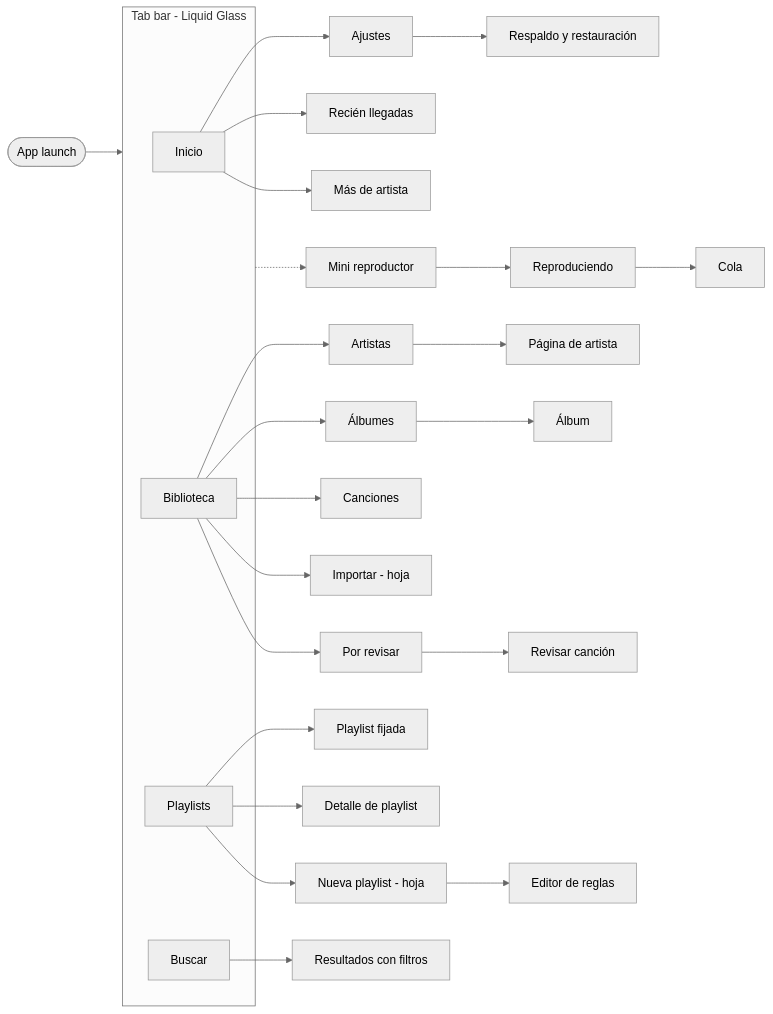
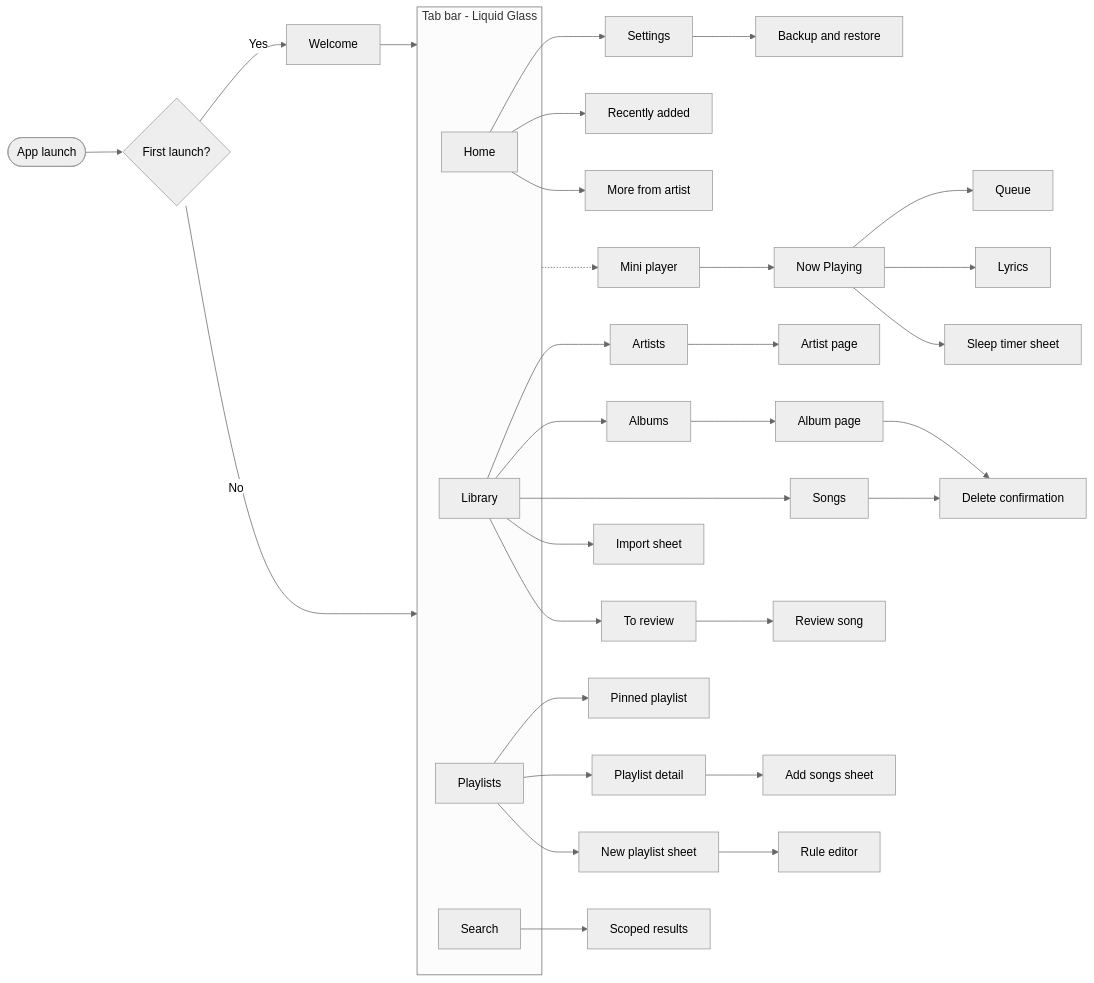
The first of 8 diagrams in docs/USER_FLOWS.md (sabrinasalomon/CoryMusic), drawn with Mermaid (neutral theme) before and after one commit. The commit also changed other lines of this file and 20 other files, not shown here.

````diff
--- a/docs/USER_FLOWS.md
+++ b/docs/USER_FLOWS.md
@@ -7,37 +7,45 @@
 ```mermaid
 flowchart LR
-    Launch([App launch]) --> Tabs
+    Launch([App launch]) --> First{First launch?}
+    First -- Yes --> Welcome[Welcome]
+    Welcome --> Tabs
+    First -- No --> Tabs
 
     subgraph Tabs["Tab bar - Liquid Glass"]
-        T1[Inicio]
-        T2[Biblioteca]
+        T1[Home]
+        T2[Library]
         T3[Playlists]
-        T4[Buscar]
+        T4[Search]
     end
 
-    T1 --> Settings[Ajustes]
-    T1 --> Recent[Recién llegadas]
-    T1 --> MoreFrom[Más de artista]
+    T1 --> Settings[Settings]
+    T1 --> Recent[Recently added]
+    T1 --> MoreFrom[More from artist]
 
-    T2 --> Artists[Artistas]
-    T2 --> Albums[Álbumes]
-    T2 --> Songs[Canciones]
-    T2 --> Import[Importar - hoja]
-    T2 --> Review[Por revisar]
-    Artists --> ArtistPage[Página de artista]
-    Albums --> AlbumPage[Álbum]
-    Review --> EditSong[Revisar canción]
+    T2 --> Artists[Artists]
+    T2 --> Albums[Albums]
+    T2 --> Songs[Songs]
+    T2 --> Import[Import sheet]
+    T2 --> Review[To review]
+    Artists --> ArtistPage[Artist page]
+    Albums --> AlbumPage[Album page]
+    AlbumPage --> Delete[Delete confirmation]
+    Songs --> Delete
+    Review --> EditSong[Review song]
 
-    T3 --> Pinned[Playlist fijada]
-    T3 --> Detail[Detalle de playlist]
-    T3 --> Create[Nueva playlist - hoja]
-    Create --> RuleEditor[Editor de reglas]
+    T3 --> Pinned[Pinned playlist]
+    T3 --> Detail[Playlist detail]
+    T3 --> Create[New playlist sheet]
+    Detail --> AddSongs[Add songs sheet]
+    Create --> RuleEditor[Rule editor]
 
-    T4 --> Results[Resultados con filtros]
+    T4 --> Results[Scoped results]
 
-    Settings --> Backup[Respaldo y restauración]
+    Settings --> Backup[Backup and restore]
 
-    Tabs -.-> Mini[Mini reproductor]
-    Mini --> NowPlaying[Reproduciendo]
-    NowPlaying --> Queue[Cola]
+    Tabs -.-> Mini[Mini player]
+    Mini --> NowPlaying[Now Playing]
+    NowPlaying --> Queue[Queue]
+    NowPlaying --> Lyrics[Lyrics]
+    NowPlaying --> Timer[Sleep timer sheet]
 ```
````
